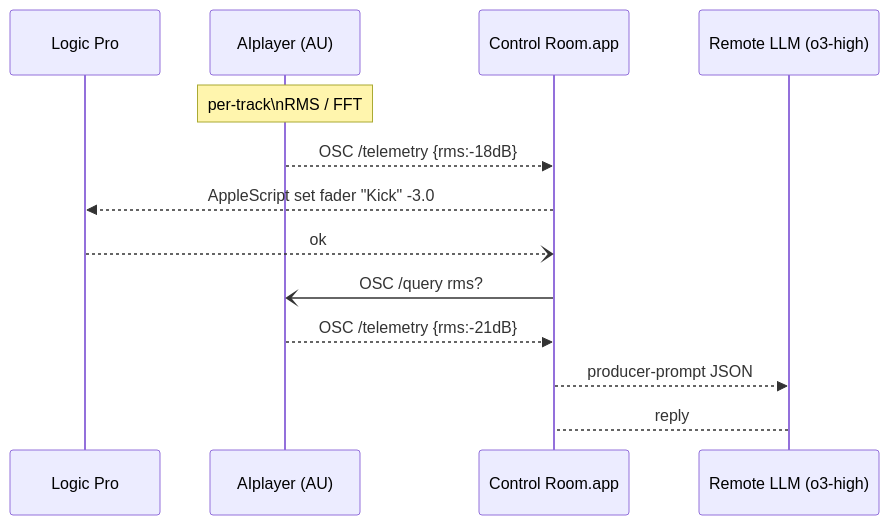
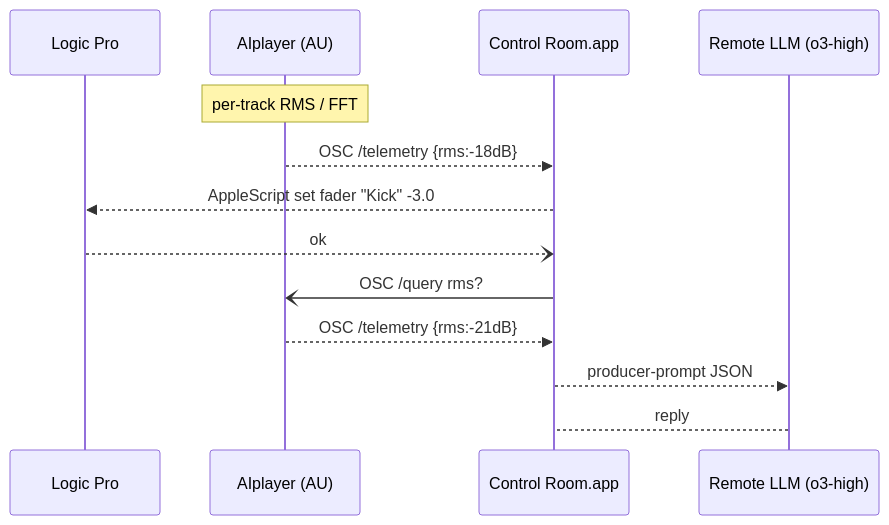
One commit to nickfox/chatty-channels changed the diagram in README.md. Above: the diagram before and after it, drawn with Mermaid.

````diff
--- a/README.md
+++ b/README.md
@@ -50,16 +50,16 @@
 ```mermaid
 sequenceDiagram
     participant LP as Logic Pro
     participant AP as AIplayer (AU)
     participant CR as Control Room.app
     participant LLM as Remote LLM (o3‑high)
 
-    Note over AP: per‑track\nRMS / FFT
+    Note over AP: per‑track RMS / FFT
     AP-->>CR: OSC /telemetry {rms:-18dB}
     CR-->>LP: AppleScript set fader "Kick" -3.0
     LP--)CR: ok
     CR-)AP: OSC /query rms?
     AP-->>CR: OSC /telemetry {rms:-21dB}
     CR-->>LLM: producer‑prompt JSON
     LLM-->CR: reply
 ```
````
